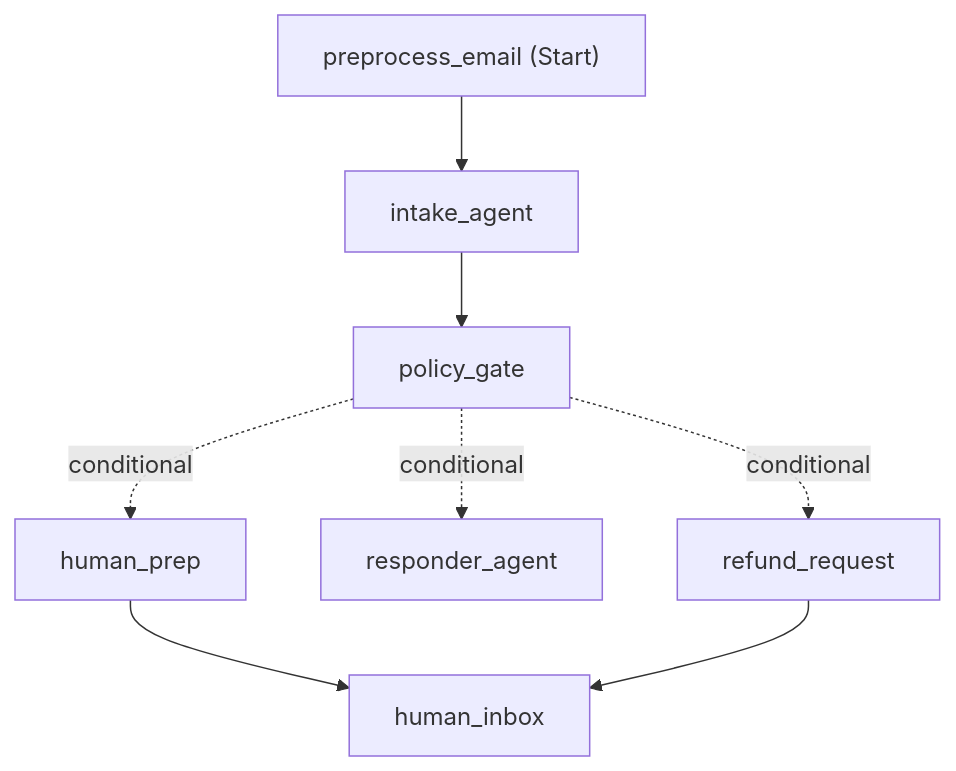
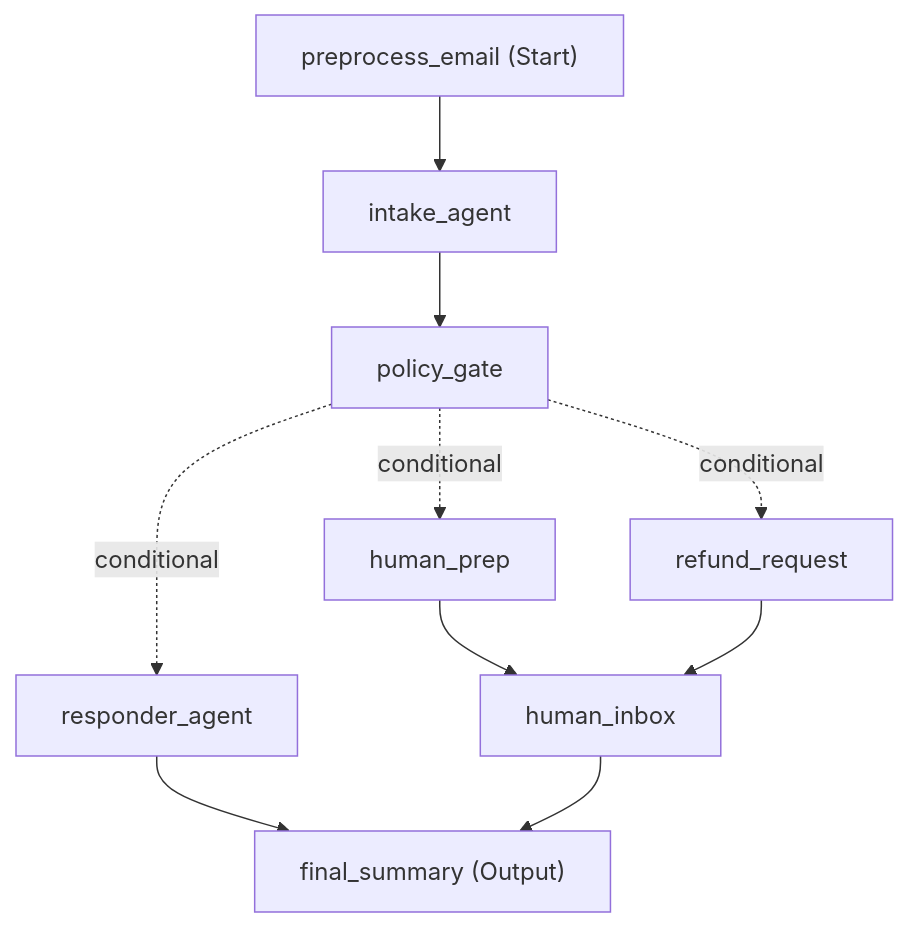
The diagram in AgentFrameworkWorkflows/workflow.md (VenyaBrodetskiy/AgentFrameworkPlayground), drawn with Mermaid before and after one commit. The commit also changed 11 other files, not shown here.

````diff
--- a/AgentFrameworkWorkflows/workflow.md
+++ b/AgentFrameworkWorkflows/workflow.md
@@ -1,18 +1,21 @@
 ```mermaid
 flowchart TD
   preprocess_email["preprocess_email (Start)"]
   intake_agent["intake_agent"]
   policy_gate["policy_gate"]
   human_prep["human_prep"]
   human_inbox["human_inbox"]
   responder_agent["responder_agent"]
   refund_request["refund_request"]
+  final_summary["final_summary (Output)"]
 
   preprocess_email --> intake_agent
   intake_agent --> policy_gate
   policy_gate -.->|conditional| human_prep
   policy_gate -.->|conditional| responder_agent
   policy_gate -.->|conditional| refund_request
   human_prep --> human_inbox
   refund_request --> human_inbox
+  responder_agent --> final_summary
+  human_inbox --> final_summary
 ```
````
